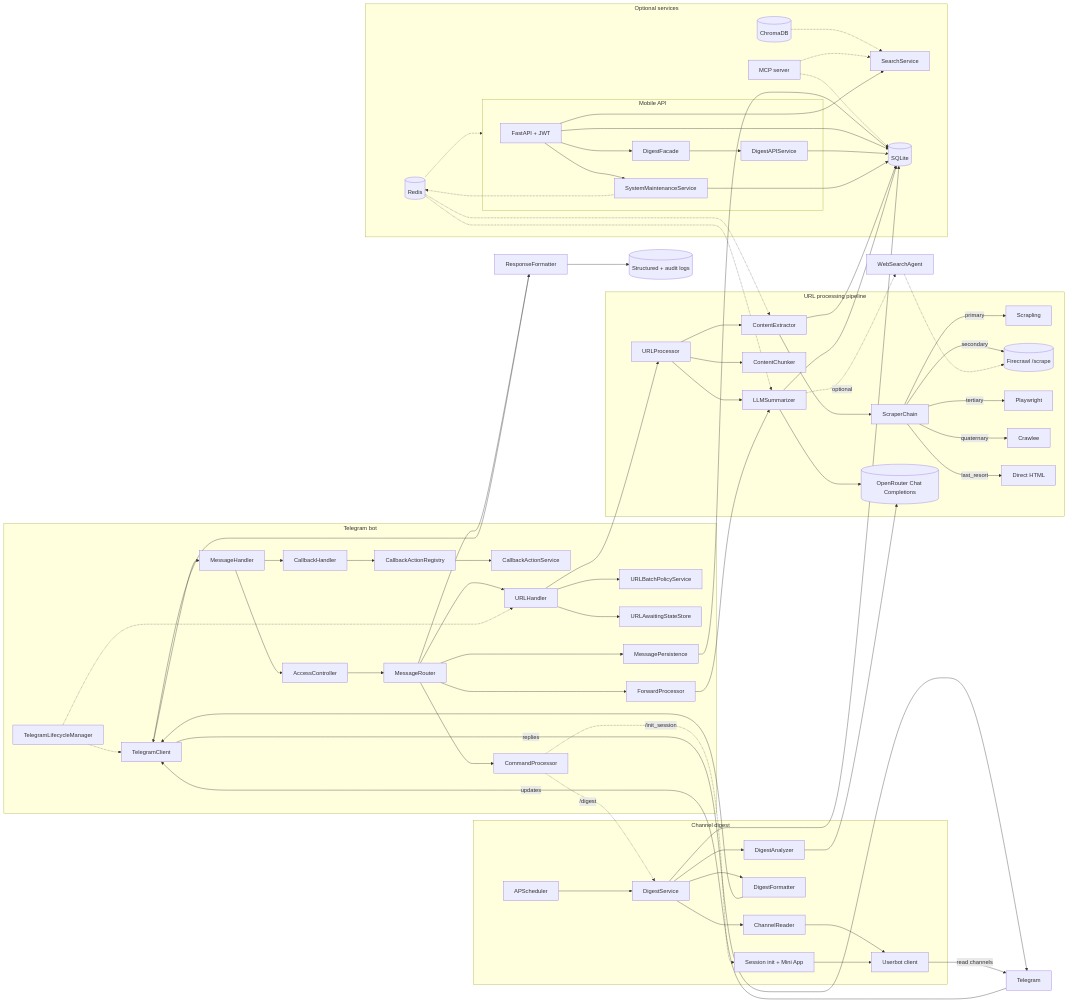
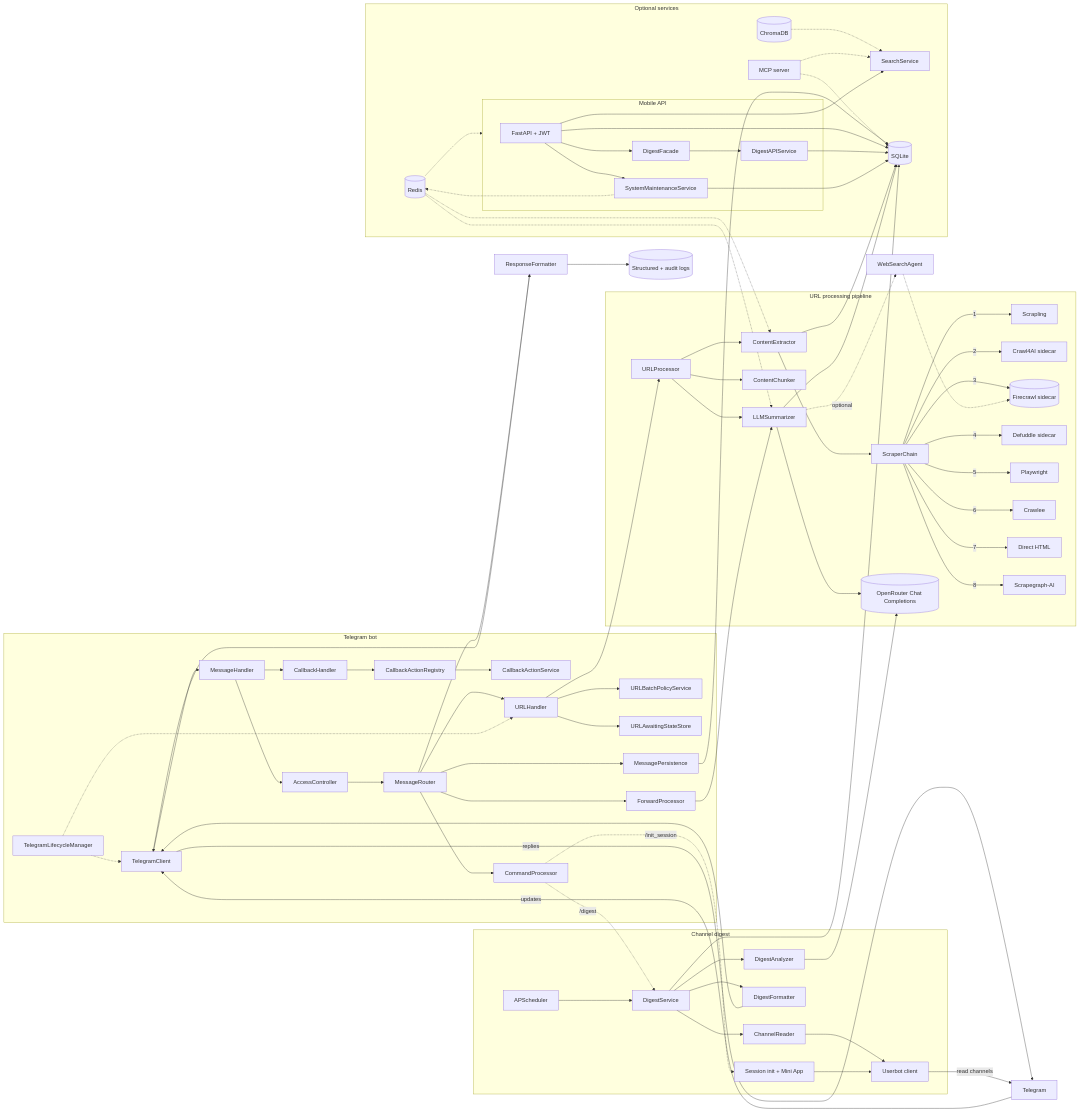
One commit to po4yka/bite-size-reader changed the diagram in docs/explanation/architecture-overview.md. Above: the diagram before and after it, drawn with Mermaid. The commit also changed other lines of this file and 20 other files, not shown here.

First line of the commit message:
docs: align all docs with self-hosted scraper stack and add chain mermaid diagrams

```diff
--- a/docs/explanation/architecture-overview.md
+++ b/docs/explanation/architecture-overview.md
@@ -42,11 +42,14 @@
     URLHandler --> URLProcessor
     URLProcessor --> ContentExtractor
     ContentExtractor --> ScraperChain[ScraperChain]
-    ScraperChain -->|primary| Scrapling[Scrapling]
-    ScraperChain -->|secondary| Firecrawl[(Firecrawl /scrape)]
-    ScraperChain -->|tertiary| Playwright[Playwright]
-    ScraperChain -->|quaternary| Crawlee[Crawlee]
-    ScraperChain -->|last_resort| DirectHTML[Direct HTML]
+    ScraperChain -->|1| Scrapling[Scrapling]
+    ScraperChain -->|2| Crawl4AI[Crawl4AI sidecar]
+    ScraperChain -->|3| Firecrawl[(Firecrawl sidecar)]
+    ScraperChain -->|4| Defuddle[Defuddle sidecar]
+    ScraperChain -->|5| Playwright[Playwright]
+    ScraperChain -->|6| Crawlee[Crawlee]
+    ScraperChain -->|7| DirectHTML[Direct HTML]
+    ScraperChain -->|8| ScrapegraphAI[Scrapegraph-AI]
     URLProcessor --> ContentChunker
     URLProcessor --> LLMSummarizer
     LLMSummarizer --> OpenRouter[(OpenRouter Chat Completions)]
@@ -76,7 +79,7 @@
 
   ForwardProcessor --> LLMSummarizer
   LLMSummarizer -.->|optional| WebSearch[WebSearchAgent]
-  WebSearch -.-> Firecrawl
+  WebSearch -.-> Firecrawl[(Firecrawl sidecar)]
   ContentExtractor --> SQLite[(SQLite)]
   MessagePersistence --> SQLite
   LLMSummarizer --> SQLite
```
